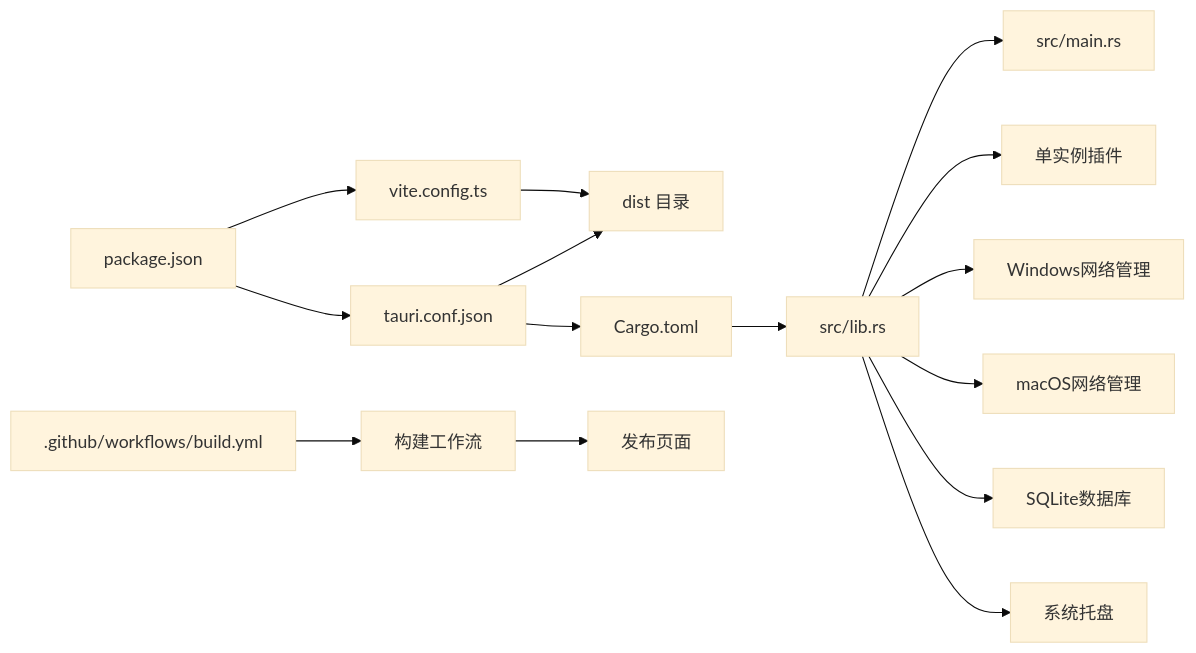
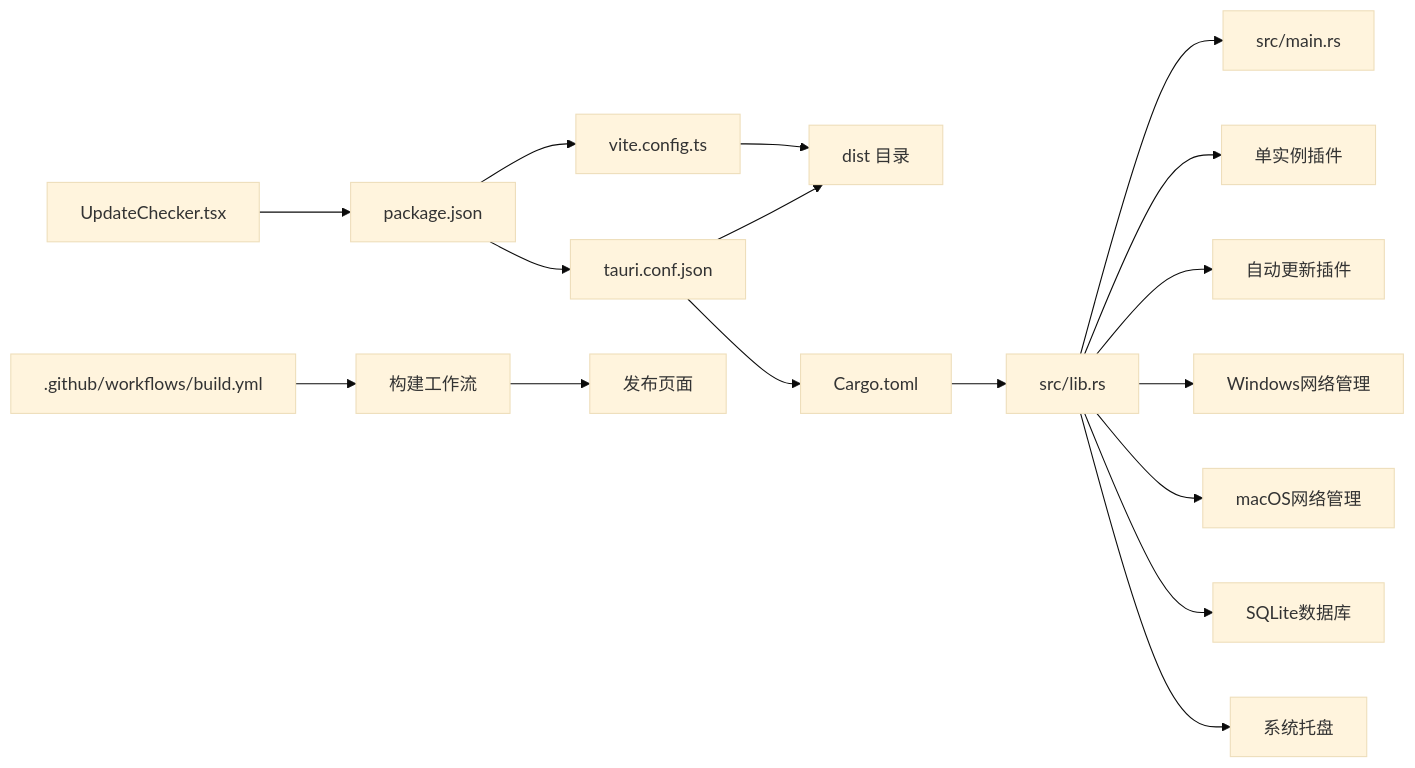
The third of 3 diagrams in .qoder/repowiki/zh/content/部署指南.md (xdongliang/IPSwitcher), drawn with Mermaid (base theme) before and after one commit. The commit also changed other lines of this file and 7 other files, not shown here.

````diff
--- a/.qoder/repowiki/zh/content/部署指南.md
+++ b/.qoder/repowiki/zh/content/部署指南.md
@@ -272,17 +307,19 @@
 ```mermaid
 graph LR
 Pkg["package.json"] --> ViteCfg["vite.config.ts"]
 Pkg --> TauriConf["tauri.conf.json"]
 ViteCfg --> Dist["dist 目录"]
 TauriConf --> Dist
 TauriConf --> CargoToml["Cargo.toml"]
 CargoToml --> LibRs["src/lib.rs"]
 LibRs --> MainRs["src/main.rs"]
 LibRs --> SingleInstance["单实例插件"]
+LibRs --> Updater["自动更新插件"]
 LibRs --> WindowsNet["Windows网络管理"]
 LibRs --> MacOSNet["macOS网络管理"]
 LibRs --> SQLiteDB["SQLite数据库"]
 LibRs --> TrayIcon["系统托盘"]
 Actions[".github/workflows/build.yml"] --> Workflow["构建工作流"]
 Workflow --> Release["发布页面"]
+UpdateChecker["UpdateChecker.tsx"] --> Pkg
 ```
````
